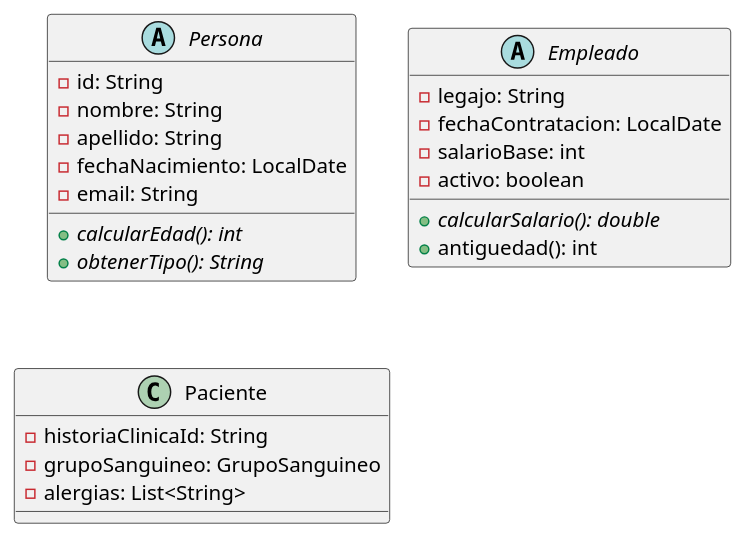
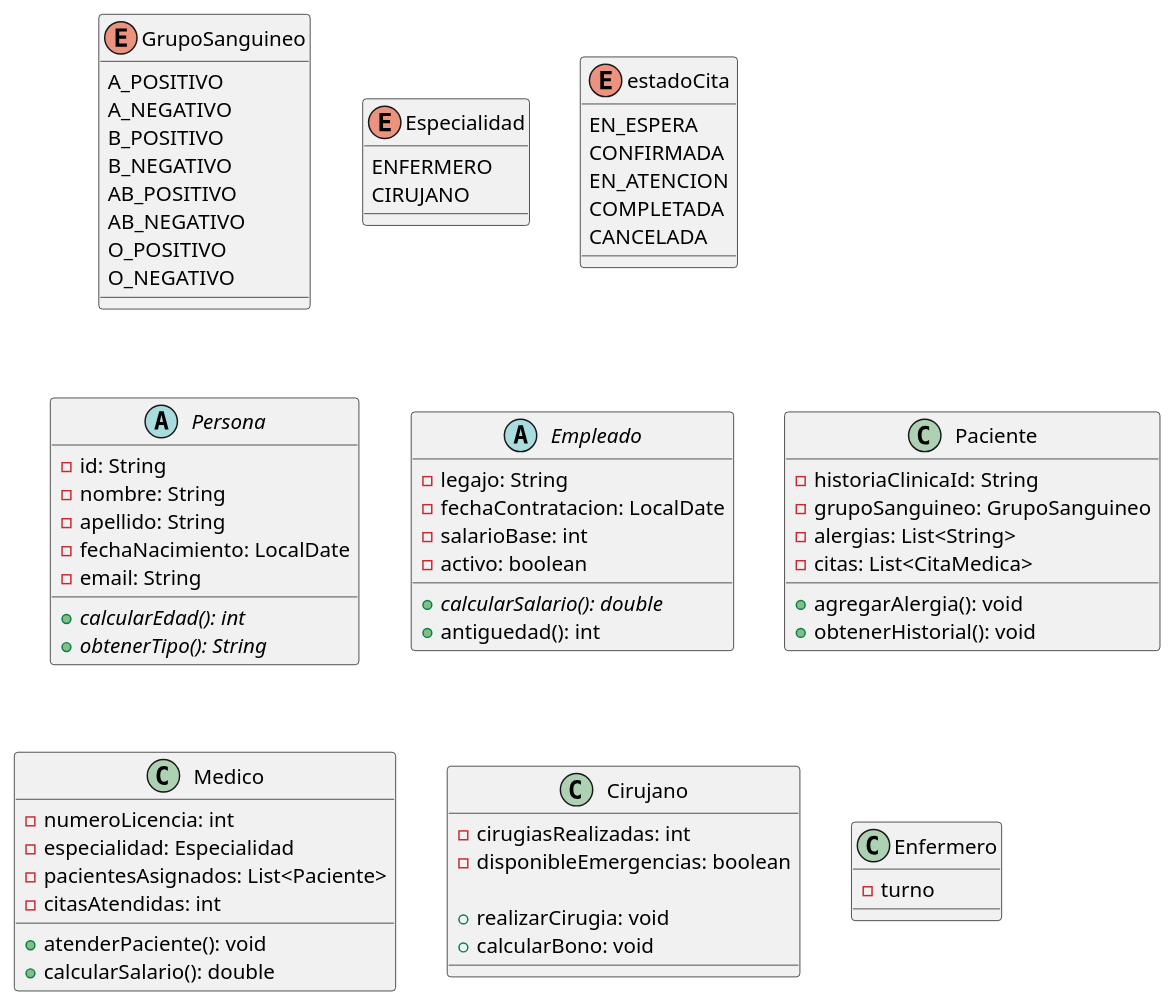
Before and after one commit to steven-arrieta/TallerProgramacion: the diagram in docs/Clases.puml, drawn with PlantUML.

Commit message:
doing the diagram of classes. (30% completed)

```diff
--- a/docs/Clases.puml
+++ b/docs/Clases.puml
@@ -1,29 +1,78 @@
 @startuml
+enum GrupoSanguineo {
+A_POSITIVO
+A_NEGATIVO
+B_POSITIVO
+B_NEGATIVO
+AB_POSITIVO
+AB_NEGATIVO
+O_POSITIVO
+O_NEGATIVO
+}
+
+enum Especialidad {
+ENFERMERO
+CIRUJANO
+}
+
+enum estadoCita {
+EN_ESPERA
+CONFIRMADA
+EN_ATENCION
+COMPLETADA
+CANCELADA
+}
+
 abstract class  Persona {
 -id: String
 -nombre: String
 -apellido: String
 -fechaNacimiento: LocalDate
 -email: String
 
 +{abstract} calcularEdad(): int
 +{abstract} obtenerTipo(): String
 }
 
 abstract class Empleado {
 -legajo: String
 -fechaContratacion: LocalDate
 -salarioBase: int
 -activo: boolean
 
 +{abstract} calcularSalario(): double
 +antiguedad(): int
 }
 
 class Paciente {
 -historiaClinicaId: String
 -grupoSanguineo: GrupoSanguineo
 -alergias: List<String>
+-citas: List<CitaMedica>
 
++agregarAlergia(): void
++obtenerHistorial(): void
+}
+
+class Medico {
+-numeroLicencia: int
+-especialidad: Especialidad
+-pacientesAsignados: List<Paciente>
+-citasAtendidas: int
+
++atenderPaciente(): void
++calcularSalario(): double
+}
+
+class Cirujano {
+-cirugiasRealizadas: int
+-disponibleEmergencias: boolean
+
++realizarCirugia: void
++calcularBono: void
+}
+
+class Enfermero {
+-turno
 }
 @enduml
```
